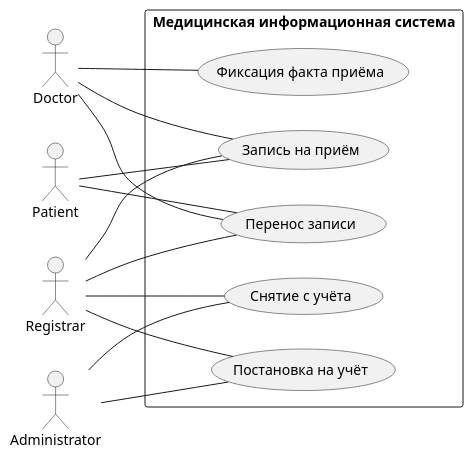
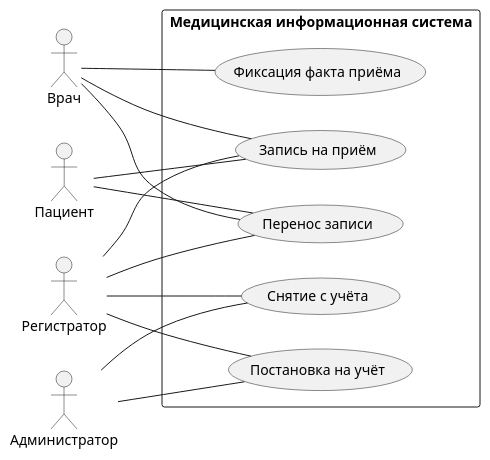
One commit to penamarth/bsbo-13-23_team3_var3_clinic changed the diagram in use_case_diagram.puml. Above: the diagram before and after it, drawn with PlantUML.

Commit message:
Переведён на русский use_case_diagram.puml

```diff
--- a/use_case_diagram.puml
+++ b/use_case_diagram.puml
@@ -1,36 +1,36 @@
 @startuml use_case_diagram
 left to right direction
 
-actor Patient
-actor Registrar
-actor Doctor
-actor Administrator
+actor Пациент
+actor Регистратор
+actor Врач
+actor Администратор
 
 rectangle "Медицинская информационная система" {
     usecase "Запись на приём" as BA
     usecase "Перенос записи" as RA
     usecase "Фиксация факта приёма" as RV
     usecase "Постановка на учёт" as RPR
     usecase "Снятие с учёта" as RMR
 }
 
 ' Patient interactions
-Patient -- BA
-Patient -- RA
+Пациент -- BA
+Пациент -- RA
 
-' Registrar interactions
-Registrar -- BA
-Registrar -- RA
-Registrar -- RPR
-Registrar -- RMR
+' Обязанности регистратора
+Регистратор -- BA
+Регистратор -- RA
+Регистратор -- RPR
+Регистратор -- RMR
 
-' Doctor interactions
-Doctor -- BA  
-Doctor -- RA 
-Doctor -- RV
+' Обязанности доктора
+Врач -- BA
+Врач -- RA
+Врач -- RV
 
-' Administrator interactions
-Administrator -- RPR
-Administrator -- RMR
+' Обязанности администратора
+Администратор -- RPR
+Администратор -- RMR
 
 @enduml
```
